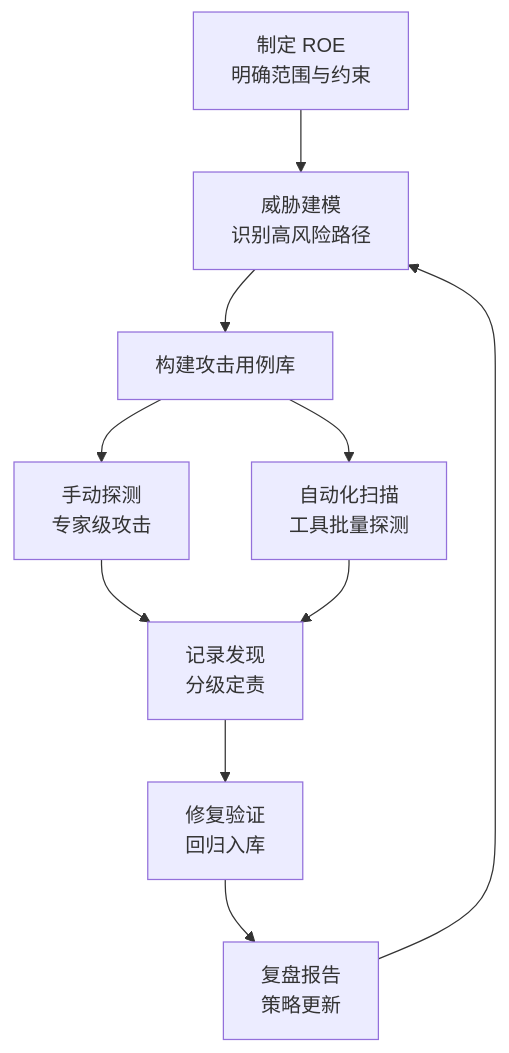
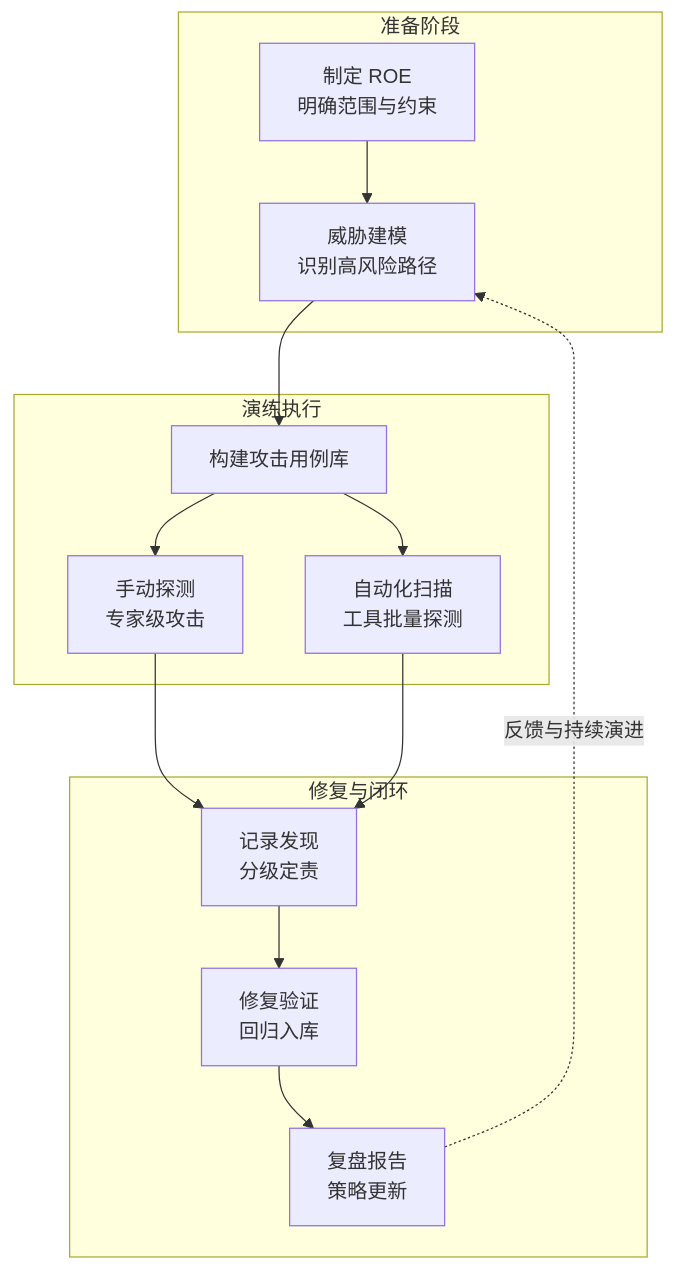
Before and after one commit to yeasy/ai_security_guide: the first of 2 diagrams in 10_operations/10.4_red_teaming.md, drawn with Mermaid. The commit also changed other lines of this file and 15 other files, not shown here.

````diff
--- a/10_operations/10.4_red_teaming.md
+++ b/10_operations/10.4_red_teaming.md
@@ -18,12 +18,29 @@
 ```mermaid
-flowchart TB
-    A["制定 ROE<br/>明确范围与约束"] --> B["威胁建模<br/>识别高风险路径"]
-    B --> C["构建攻击用例库"]
-    C --> D["手动探测<br/>专家级攻击"]
-    C --> E["自动化扫描<br/>工具批量探测"]
-    D --> F["记录发现<br/>分级定责"]
+flowchart TD
+    subgraph Phase1 ["准备阶段"]
+        A["制定 ROE<br/>明确范围与约束"]
+        B["威胁建模<br/>识别高风险路径"]
+    end
+
+    subgraph Phase2 ["演练执行"]
+        C["构建攻击用例库"]
+        D["手动探测<br/>专家级攻击"]
+        E["自动化扫描<br/>工具批量探测"]
+    end
+
+    subgraph Phase3 ["修复与闭环"]
+        F["记录发现<br/>分级定责"]
+        G["修复验证<br/>回归入库"]
+        H["复盘报告<br/>策略更新"]
+    end
+
+    A --> B
+    B --> C
+    C --> D
+    C --> E
+    D --> F
     E --> F
-    F --> G["修复验证<br/>回归入库"]
-    G --> H["复盘报告<br/>策略更新"]
-    H --> B
+    F --> G
+    G --> H
+    H -.->|"反馈与持续演进"| B
 ```
````
